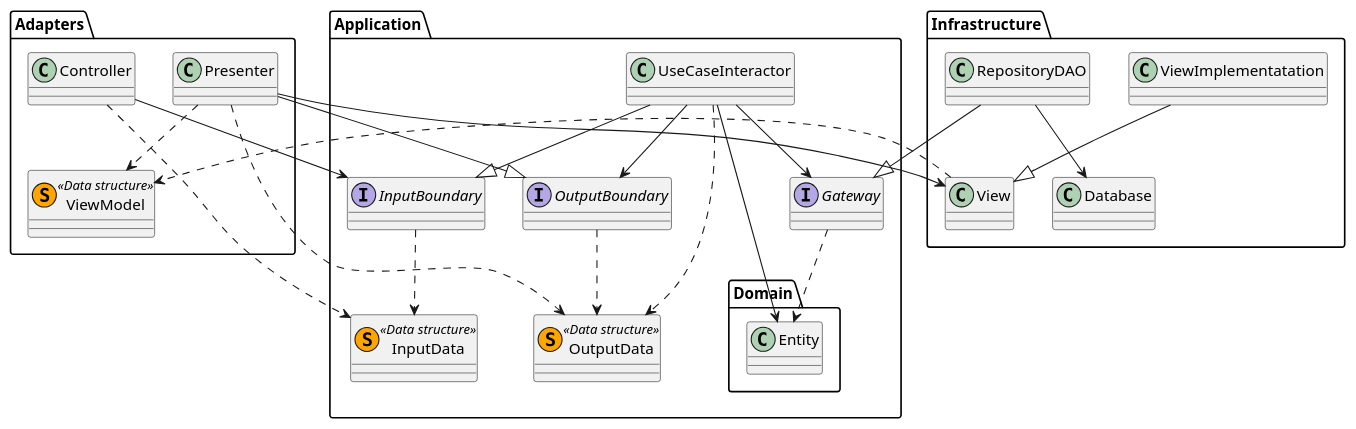
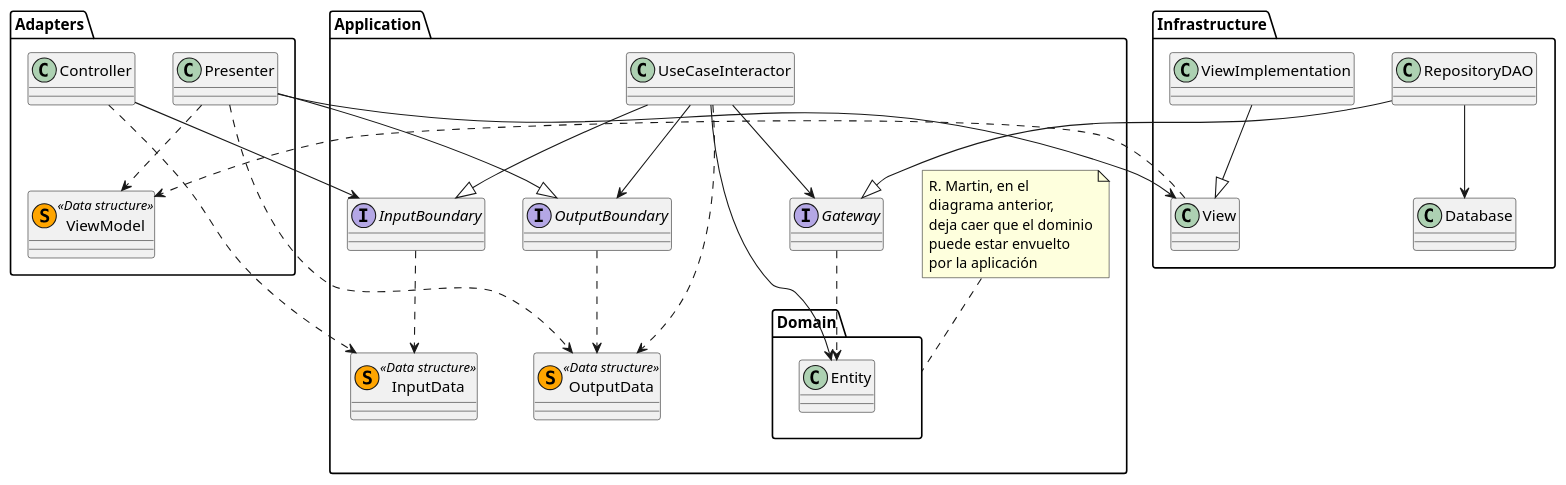
The diagram in Docs/Architecture/CleanArchitecture-ClassesDiagram.puml (x-USantaTecla-game-uno/requirements), drawn with PlantUML before and after one commit. The commit also changed 6 other files, not shown here.

Commit message:
Architecture final version

```diff
--- a/Docs/Architecture/CleanArchitecture-ClassesDiagram.puml
+++ b/Docs/Architecture/CleanArchitecture-ClassesDiagram.puml
@@ -1,59 +1,66 @@
 @startuml
 'https://plantuml.com/class-diagram
 
 package Application
 {
     package Domain
     {
         class Entity
     }
+    note top of Domain
+    R. Martin, en el
+    diagrama anterior,
+    deja caer que el dominio
+    puede estar envuelto
+    por la aplicación
+    end note
 
     UseCaseInteractor --> Entity
     
     UseCaseInteractor --|> InputBoundary 
     
     UseCaseInteractor ..> OutputData
     UseCaseInteractor --> OutputBoundary
    
     UseCaseInteractor --> Gateway
     
     interface InputBoundary
     interface OutputBoundary
     
     InputBoundary ..> InputData
     OutputBoundary ..> OutputData
     
     class InputData << (S, orange) Data structure>>
     class OutputData << (S, orange) Data structure>>
     
     interface Gateway
     Gateway ..> Entity
 }
 
 package Infrastructure
 {
     RepositoryDAO --|> Gateway
     RepositoryDAO --> Database
     
-    ViewImplementatation --|> View
+    ViewImplementation --|> View
 }
 
 package Adapters
 {
     Controller ..> InputData
     Controller --> InputBoundary
     
     Presenter --|> OutputBoundary
     Presenter ..> OutputData
     
     Presenter ..> ViewModel
     Presenter --> View
     
     View ..> ViewModel
     
     class ViewModel << (S, orange) Data structure>>
 }
 
 
 
 @enduml
```
